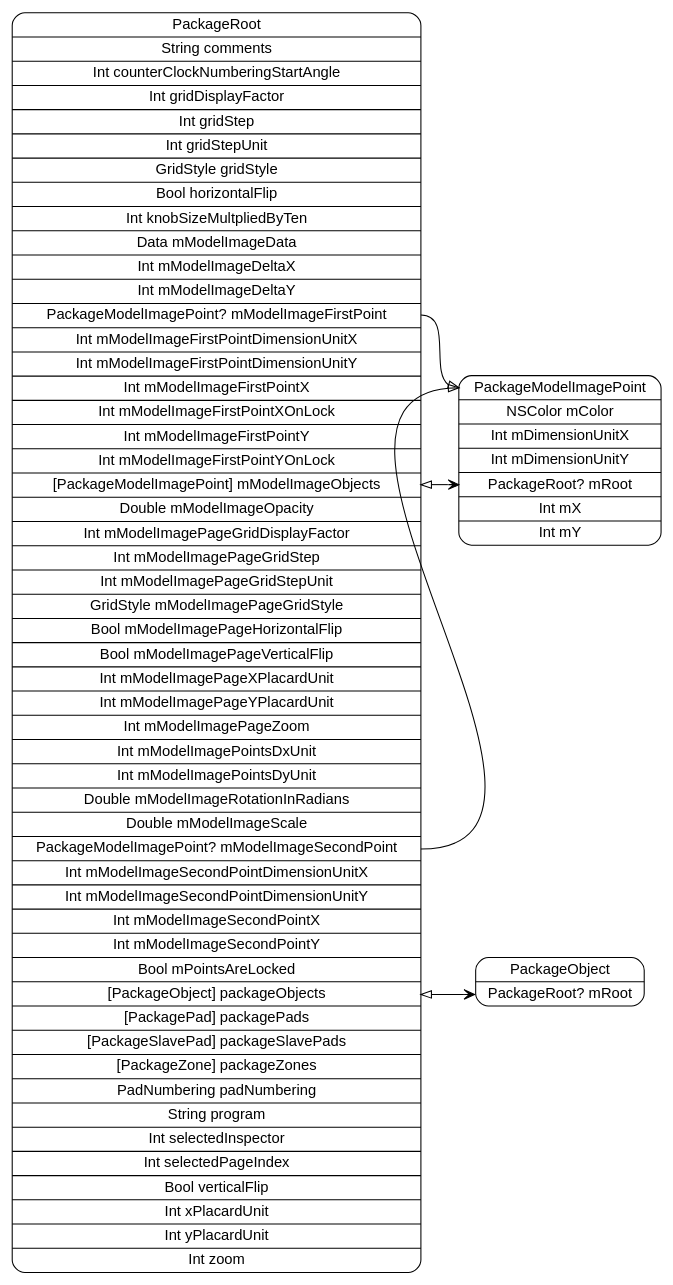
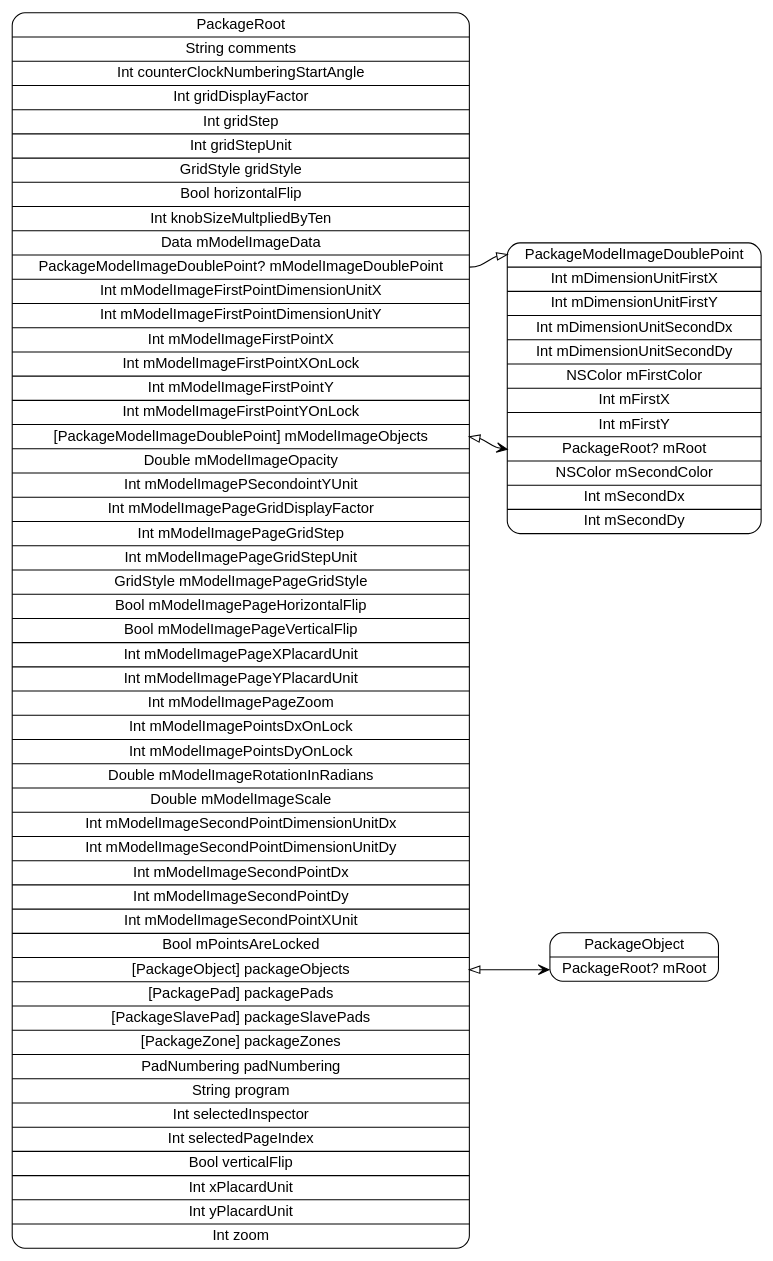
One commit to pierremolinaro/ElCanari-dev changed the diagram in models/PackageRoot.dot. Above: the diagram before and after it, drawn with Graphviz. The commit also changed 25 other files, not shown here.

Commit message:
Package model image : nouvelle gestion

```diff
--- a/models/PackageRoot.dot
+++ b/models/PackageRoot.dot
@@ -1,11 +1,10 @@
 digraph G {
   rankdir=LR ;
   node [shape=record fontname=helvetica style=rounded] ;
-  PackageRoot[label="<PackageRoot>PackageRoot|String comments|Int counterClockNumberingStartAngle|Int gridDisplayFactor|Int gridStep|Int gridStepUnit|GridStyle gridStyle|Bool horizontalFlip|Int knobSizeMultpliedByTen|Data mModelImageData|Int mModelImageDeltaX|Int mModelImageDeltaY|<mModelImageFirstPoint>PackageModelImagePoint? mModelImageFirstPoint|Int mModelImageFirstPointDimensionUnitX|Int mModelImageFirstPointDimensionUnitY|Int mModelImageFirstPointX|Int mModelImageFirstPointXOnLock|Int mModelImageFirstPointY|Int mModelImageFirstPointYOnLock|<mModelImageObjects>[PackageModelImagePoint] mModelImageObjects|Double mModelImageOpacity|Int mModelImagePageGridDisplayFactor|Int mModelImagePageGridStep|Int mModelImagePageGridStepUnit|GridStyle mModelImagePageGridStyle|Bool mModelImagePageHorizontalFlip|Bool mModelImagePageVerticalFlip|Int mModelImagePageXPlacardUnit|Int mModelImagePageYPlacardUnit|Int mModelImagePageZoom|Int mModelImagePointsDxUnit|Int mModelImagePointsDyUnit|Double mModelImageRotationInRadians|Double mModelImageScale|<mModelImageSecondPoint>PackageModelImagePoint? mModelImageSecondPoint|Int mModelImageSecondPointDimensionUnitX|Int mModelImageSecondPointDimensionUnitY|Int mModelImageSecondPointX|Int mModelImageSecondPointY|Bool mPointsAreLocked|<packageObjects>[PackageObject] packageObjects|<packagePads>[PackagePad] packagePads|<packageSlavePads>[PackageSlavePad] packageSlavePads|<packageZones>[PackageZone] packageZones|PadNumbering padNumbering|String program|Int selectedInspector|Int selectedPageIndex|Bool verticalFlip|Int xPlacardUnit|Int yPlacardUnit|Int zoom"] ;
+  PackageRoot[label="<PackageRoot>PackageRoot|String comments|Int counterClockNumberingStartAngle|Int gridDisplayFactor|Int gridStep|Int gridStepUnit|GridStyle gridStyle|Bool horizontalFlip|Int knobSizeMultpliedByTen|Data mModelImageData|<mModelImageDoublePoint>PackageModelImageDoublePoint? mModelImageDoublePoint|Int mModelImageFirstPointDimensionUnitX|Int mModelImageFirstPointDimensionUnitY|Int mModelImageFirstPointX|Int mModelImageFirstPointXOnLock|Int mModelImageFirstPointY|Int mModelImageFirstPointYOnLock|<mModelImageObjects>[PackageModelImageDoublePoint] mModelImageObjects|Double mModelImageOpacity|Int mModelImagePSecondointYUnit|Int mModelImagePageGridDisplayFactor|Int mModelImagePageGridStep|Int mModelImagePageGridStepUnit|GridStyle mModelImagePageGridStyle|Bool mModelImagePageHorizontalFlip|Bool mModelImagePageVerticalFlip|Int mModelImagePageXPlacardUnit|Int mModelImagePageYPlacardUnit|Int mModelImagePageZoom|Int mModelImagePointsDxOnLock|Int mModelImagePointsDyOnLock|Double mModelImageRotationInRadians|Double mModelImageScale|Int mModelImageSecondPointDimensionUnitDx|Int mModelImageSecondPointDimensionUnitDy|Int mModelImageSecondPointDx|Int mModelImageSecondPointDy|Int mModelImageSecondPointXUnit|Bool mPointsAreLocked|<packageObjects>[PackageObject] packageObjects|<packagePads>[PackagePad] packagePads|<packageSlavePads>[PackageSlavePad] packageSlavePads|<packageZones>[PackageZone] packageZones|PadNumbering padNumbering|String program|Int selectedInspector|Int selectedPageIndex|Bool verticalFlip|Int xPlacardUnit|Int yPlacardUnit|Int zoom"] ;
   PackageObject[label="<PackageObject>PackageObject|<mRoot>PackageRoot? mRoot"] ;
-  PackageModelImagePoint[label="<PackageModelImagePoint>PackageModelImagePoint|NSColor mColor|Int mDimensionUnitX|Int mDimensionUnitY|<mRoot>PackageRoot? mRoot|Int mX|Int mY"] ;
-  PackageRoot:mModelImageFirstPoint -> PackageModelImagePoint:PackageModelImagePoint [dir=both arrowtail=none arrowhead=onormal] ;
-  PackageRoot:mModelImageObjects -> PackageModelImagePoint:mRoot [dir=both arrowtail=onormal arrowhead=vee] ;
-  PackageRoot:mModelImageSecondPoint -> PackageModelImagePoint:PackageModelImagePoint [dir=both arrowtail=none arrowhead=onormal] ;
+  PackageModelImageDoublePoint[label="<PackageModelImageDoublePoint>PackageModelImageDoublePoint|Int mDimensionUnitFirstX|Int mDimensionUnitFirstY|Int mDimensionUnitSecondDx|Int mDimensionUnitSecondDy|NSColor mFirstColor|Int mFirstX|Int mFirstY|<mRoot>PackageRoot? mRoot|NSColor mSecondColor|Int mSecondDx|Int mSecondDy"] ;
+  PackageRoot:mModelImageDoublePoint -> PackageModelImageDoublePoint:PackageModelImageDoublePoint [dir=both arrowtail=none arrowhead=onormal] ;
+  PackageRoot:mModelImageObjects -> PackageModelImageDoublePoint:mRoot [dir=both arrowtail=onormal arrowhead=vee] ;
   PackageRoot:packageObjects -> PackageObject:mRoot [dir=both arrowtail=onormal arrowhead=vee] ;
 }
```
